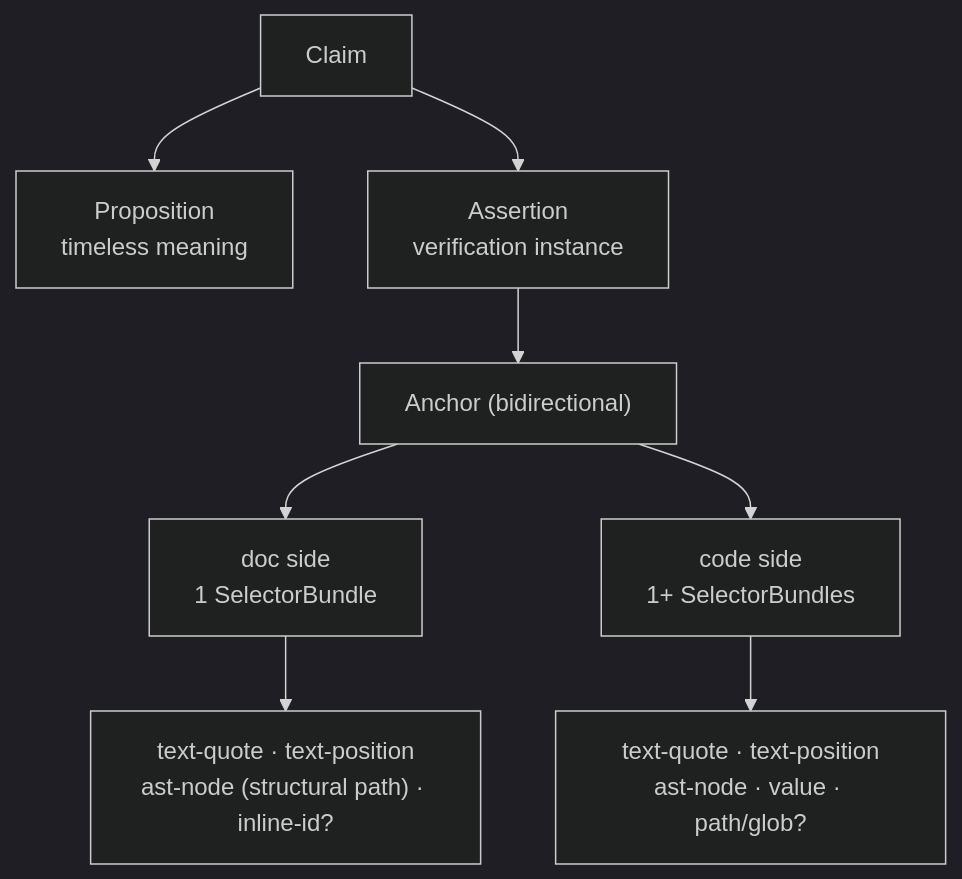
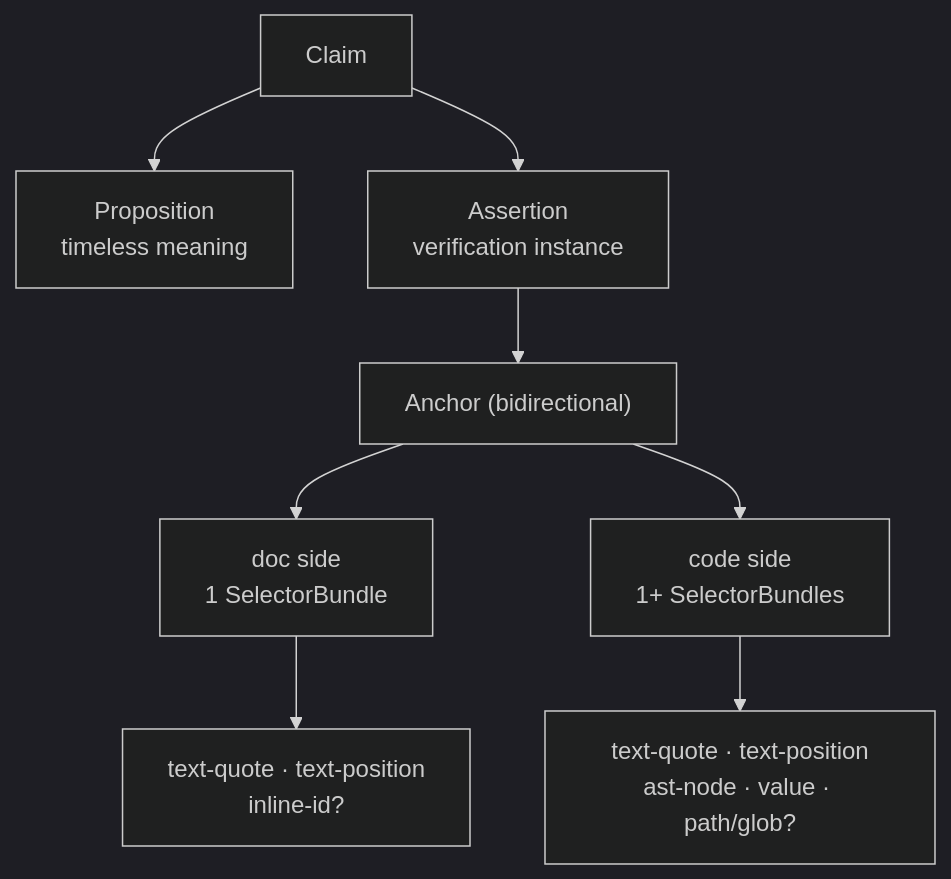
The diagram in docs/anchors.mdx (npupko/hibi), drawn with Mermaid (dark theme) before and after one commit. The commit also changed other lines of this file and 89 other files, not shown here.

````diff
--- a/docs/anchors.mdx
+++ b/docs/anchors.mdx
@@ -41,10 +41,10 @@
 ```mermaid
 flowchart TD
   CL["Claim"] --> P["Proposition<br/>timeless meaning"]
   CL --> AS["Assertion<br/>verification instance"]
   AS --> AN["Anchor (bidirectional)"]
   AN --> DOC["doc side<br/>1 SelectorBundle"]
   AN --> CODE["code side<br/>1+ SelectorBundles"]
-  DOC --> DS["text-quote · text-position<br/>ast-node (structural path) · inline-id?"]
+  DOC --> DS["text-quote · text-position<br/>inline-id?"]
   CODE --> CS["text-quote · text-position<br/>ast-node · value · path/glob?"]
 ```
````
